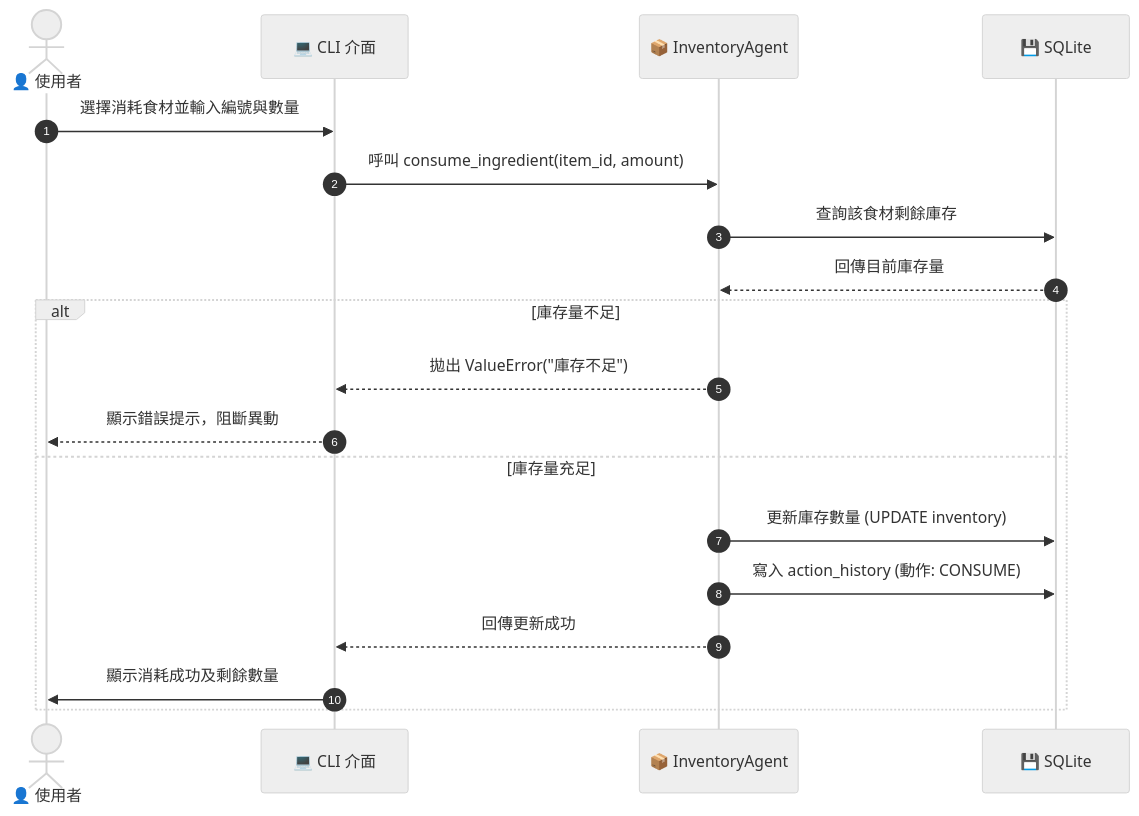
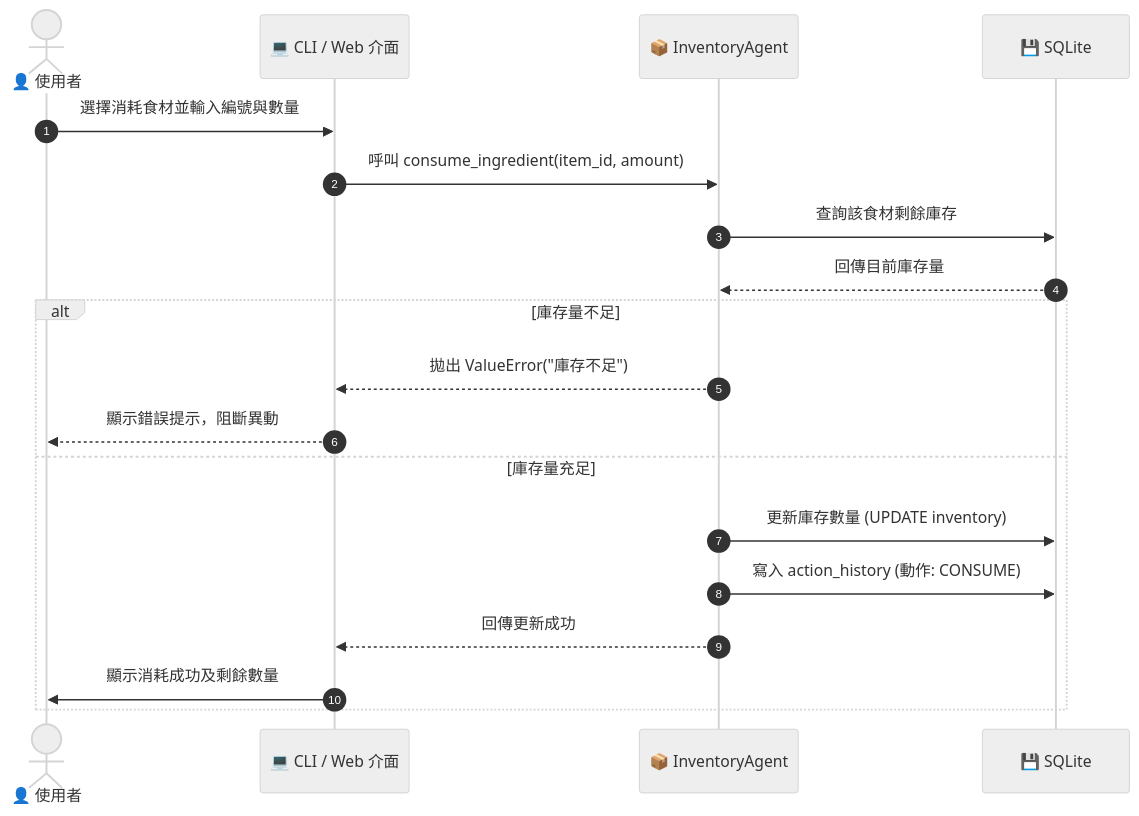
The third of 4 diagrams in docs/ARCHITECTURE.md (hsuvivi1000-design/Smart-Fridge-Manager-), drawn with Mermaid (neutral theme) before and after one commit. The commit also changed other lines of this file and 9 other files, not shown here.

````diff
--- a/docs/ARCHITECTURE.md
+++ b/docs/ARCHITECTURE.md
@@ -73,22 +83,22 @@
 ```mermaid
 sequenceDiagram
     autonumber
     actor User as 👤 使用者
-    participant UI as 💻 CLI 介面
+    participant UI as 💻 CLI / Web 介面
     participant Agent as 📦 InventoryAgent
     participant DB as 💾 SQLite
 
     User->>UI: 選擇消耗食材並輸入編號與數量
     UI->>Agent: 呼叫 consume_ingredient(item_id, amount)
     Agent->>DB: 查詢該食材剩餘庫存
     DB-->>Agent: 回傳目前庫存量
     alt 庫存量不足
         Agent-->>UI: 拋出 ValueError("庫存不足")
         UI-->>User: 顯示錯誤提示，阻斷異動
     else 庫存量充足
         Agent->>DB: 更新庫存數量 (UPDATE inventory)
         Agent->>DB: 寫入 action_history (動作: CONSUME)
         Agent-->>UI: 回傳更新成功
         UI->>User: 顯示消耗成功及剩餘數量
     end
 ```
````
